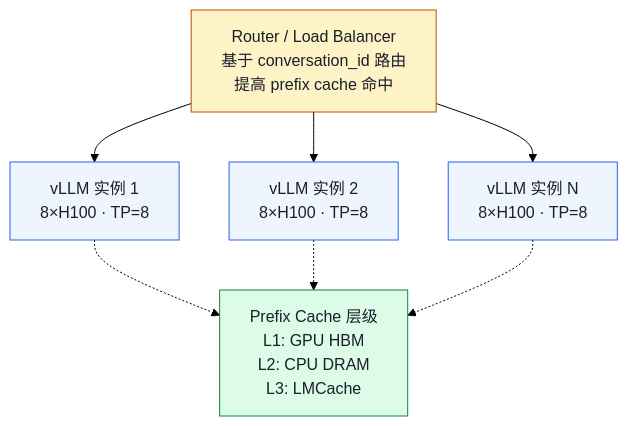
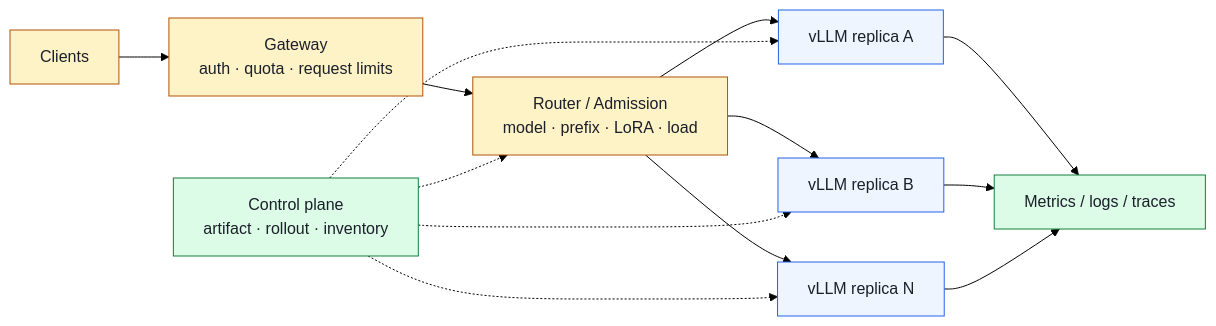
The first of 2 diagrams in 06-interview/02-system-design.md (jwzheng96/vllm-learning-book), drawn with Mermaid (forest theme) before and after one commit. The commit also changed other lines of this file and 5 other files, not shown here.

````diff
--- a/06-interview/02-system-design.md
+++ b/06-interview/02-system-design.md
@@ -63,22 +124,22 @@
 ```mermaid
-flowchart TD
-    LB["Router / Load Balancer<br/>基于 conversation_id 路由<br/>提高 prefix cache 命中"]
-    V1["vLLM 实例 1<br/>8×H100 · TP=8"]
-    V2["vLLM 实例 2<br/>8×H100 · TP=8"]
-    Vn["vLLM 实例 N<br/>8×H100 · TP=8"]
-    Cache["Prefix Cache 层级<br/>L1: GPU HBM<br/>L2: CPU DRAM<br/>L3: LMCache"]
+flowchart LR
+    C["Clients"] --> G["Gateway<br/>auth · quota · request limits"]
+    G --> R["Router / Admission<br/>model · prefix · LoRA · load"]
+    R --> P1["vLLM replica A"]
+    R --> P2["vLLM replica B"]
+    R --> PN["vLLM replica N"]
+    P1 --> M["Metrics / logs / traces"]
+    P2 --> M
+    PN --> M
+    CP["Control plane<br/>artifact · rollout · inventory"] -.-> R
+    CP -.-> P1
+    CP -.-> P2
+    CP -.-> PN
 
-    LB --> V1
-    LB --> V2
-    LB --> Vn
-    V1 -.-> Cache
-    V2 -.-> Cache
-    Vn -.-> Cache
-
-    classDef lb     fill:#fef3c7,stroke:#b45309,color:#1a1f29;
-    classDef pod    fill:#eff5ff,stroke:#2563eb,color:#1a1f29;
-    classDef cache  fill:#dcfce7,stroke:#15803d,color:#1a1f29;
-    class LB lb;
-    class V1,V2,Vn pod;
-    class Cache cache;
+    classDef edge fill:#fef3c7,stroke:#b45309,color:#1a1f29;
+    classDef data fill:#eff5ff,stroke:#2563eb,color:#1a1f29;
+    classDef ctl fill:#dcfce7,stroke:#15803d,color:#1a1f29;
+    class C,G,R edge;
+    class P1,P2,PN data;
+    class M,CP ctl;
 ```
````
